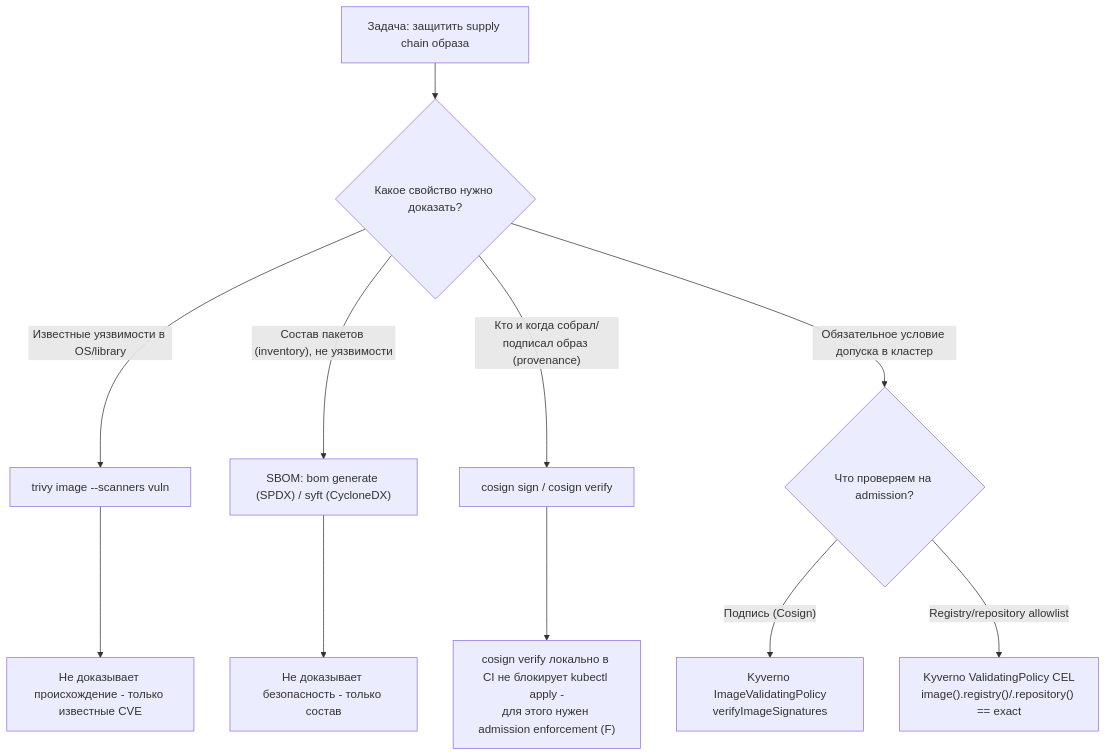
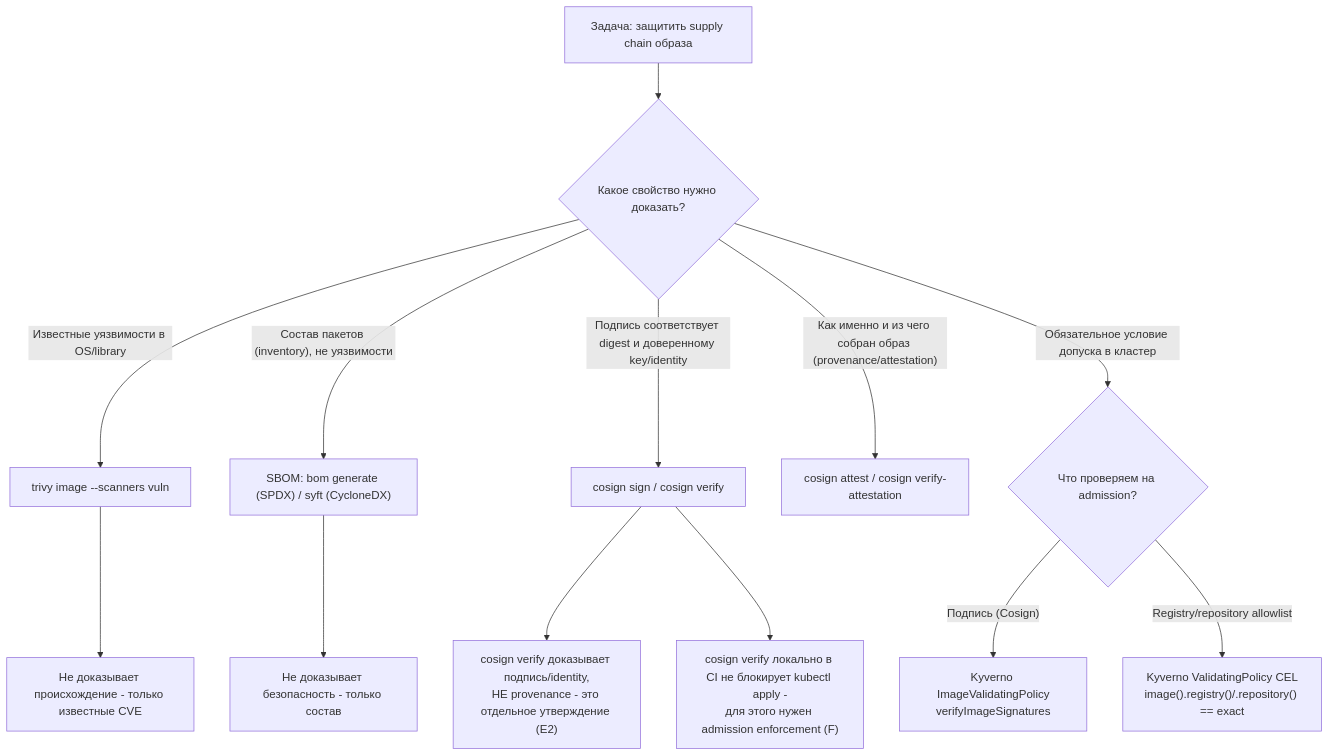
The third of 4 diagrams in tasks/cks/course/CHEATSHEET_RU.md (ViktorUJ/cks), drawn with Mermaid before and after one commit. The commit also changed other lines of this file and 275 other files, not shown here.

````diff
--- a/tasks/cks/course/CHEATSHEET_RU.md
+++ b/tasks/cks/course/CHEATSHEET_RU.md
@@ -53,13 +56,15 @@
 ```mermaid
 flowchart TD
     A["Задача: защитить supply chain образа"] --> B{"Какое свойство нужно доказать?"}
     B -->|"Известные уязвимости в OS/library"| C["trivy image --scanners vuln"]
     B -->|"Состав пакетов (inventory), не уязвимости"| D["SBOM: bom generate (SPDX) / syft (CycloneDX)"]
-    B -->|"Кто и когда собрал/подписал образ (provenance)"| E["cosign sign / cosign verify"]
+    B -->|"Подпись соответствует digest и доверенному key/identity"| E["cosign sign / cosign verify"]
+    B -->|"Как именно и из чего собран образ (provenance/attestation)"| E2["cosign attest / cosign verify-attestation"]
     B -->|"Обязательное условие допуска в кластер"| F{"Что проверяем на admission?"}
     F -->|"Подпись (Cosign)"| G["Kyverno ImageValidatingPolicy<br/>verifyImageSignatures"]
     F -->|"Registry/repository allowlist"| H["Kyverno ValidatingPolicy CEL<br/>image().registry()/.repository() == exact"]
     C --> I["Не доказывает происхождение - только известные CVE"]
     D --> J["Не доказывает безопасность - только состав"]
-    E --> K["cosign verify локально в CI не блокирует kubectl apply -<br/>для этого нужен admission enforcement (F)"]
+    E --> K["cosign verify доказывает подпись/identity,<br/>НЕ provenance - это отдельное утверждение (E2)"]
+    E --> L["cosign verify локально в CI не блокирует kubectl apply -<br/>для этого нужен admission enforcement (F)"]
 ```
````
